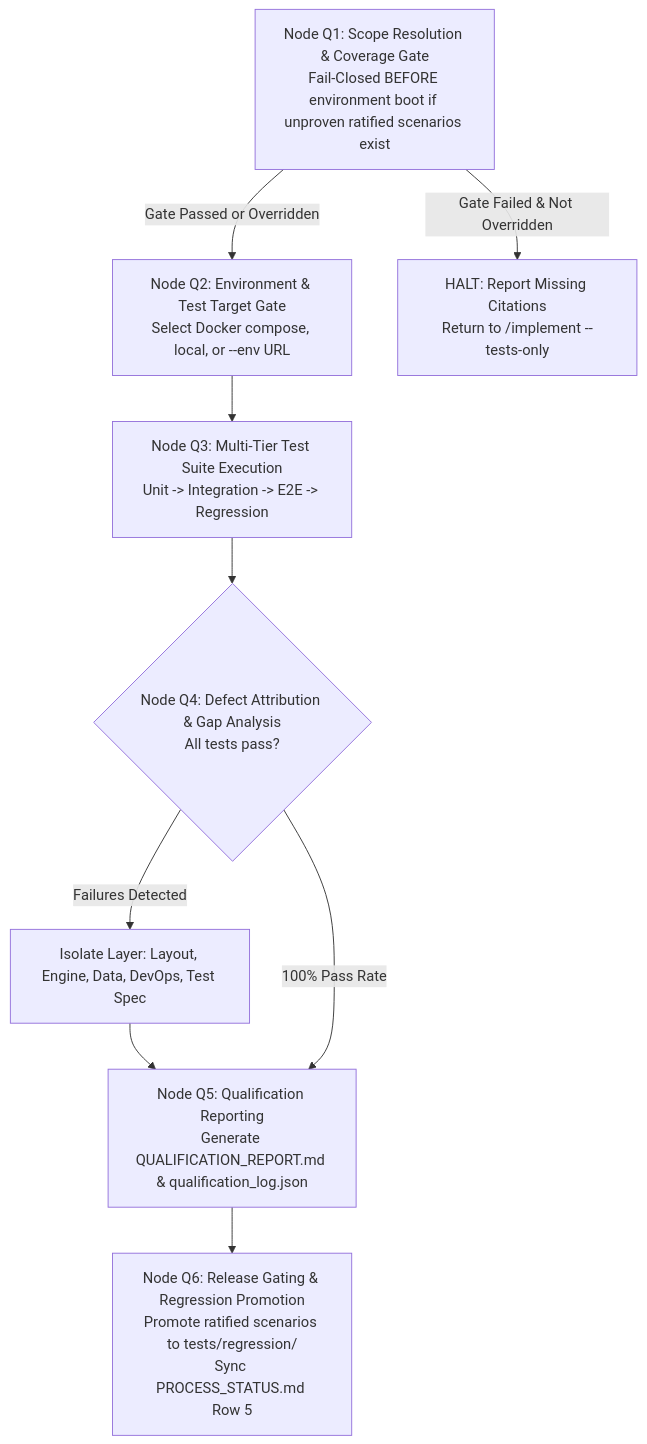
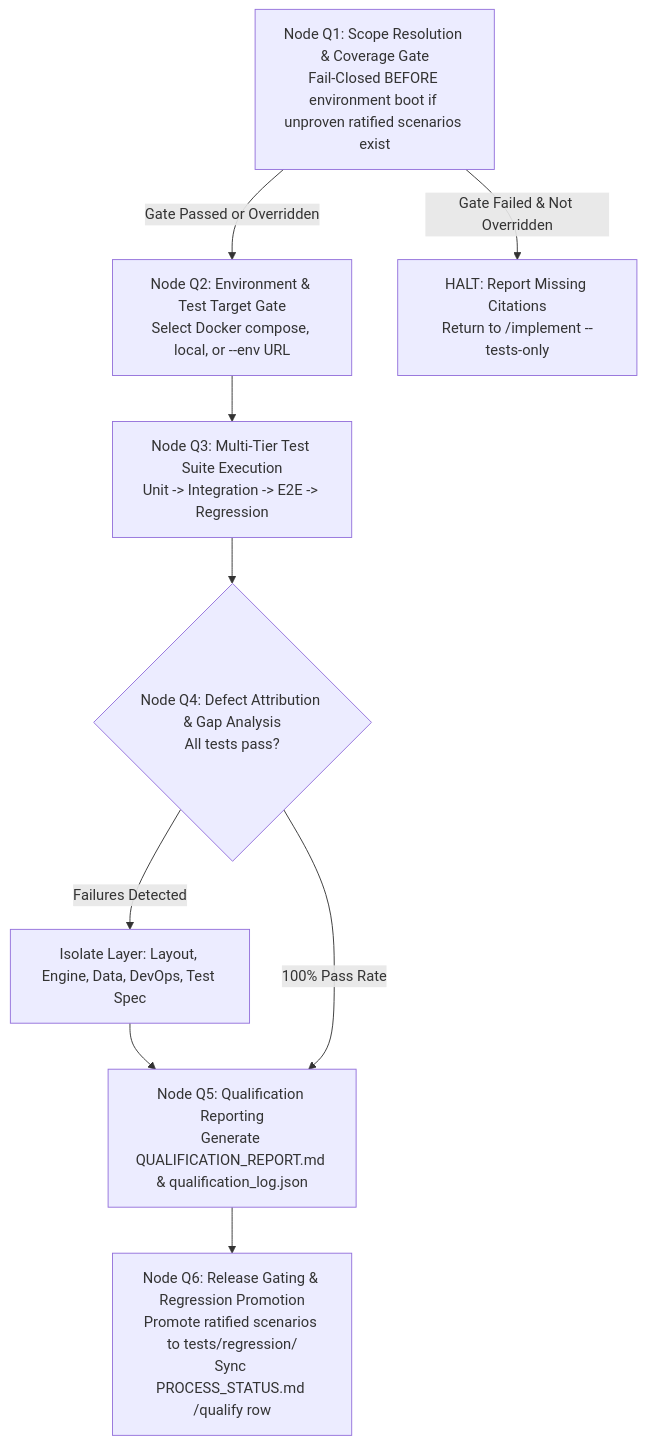
One commit to hrvthgergo/agent-driven-templates changed the diagram in actions/qualify/antigravity/guards/workflows/qualify.md. Above: the diagram before and after it, drawn with Mermaid. The commit also changed other lines of this file and 30 other files, not shown here.

Commit message:
fix(qualify): recreate guards with updated PROCESS_STATUS template and /operate references

````diff
--- a/actions/qualify/antigravity/guards/workflows/qualify.md
+++ b/actions/qualify/antigravity/guards/workflows/qualify.md
@@ -29,18 +29,18 @@
 ```mermaid
 graph TD
     Q1[Node Q1: Scope Resolution & Coverage Gate<br/>Fail-Closed BEFORE environment boot if unproven ratified scenarios exist]
     -->|Gate Passed or Overridden| Q2[Node Q2: Environment & Test Target Gate<br/>Select Docker compose, local, or --env URL]
     
     Q1 -->|Gate Failed & Not Overridden| QHalt[HALT: Report Missing Citations<br/>Return to /implement --tests-only]
     
     Q2 --> Q3[Node Q3: Multi-Tier Test Suite Execution<br/>Unit -> Integration -> E2E -> Regression]
     
     Q3 --> Q4{Node Q4: Defect Attribution & Gap Analysis<br/>All tests pass?}
     
     Q4 -->|Failures Detected| Q4_Defect[Isolate Layer: Layout, Engine, Data, DevOps, Test Spec]
     Q4_Defect --> Q5[Node Q5: Qualification Reporting<br/>Generate QUALIFICATION_REPORT.md & qualification_log.json]
     
     Q4 -->|100% Pass Rate| Q5
     
-    Q5 --> Q6[Node Q6: Release Gating & Regression Promotion<br/>Promote ratified scenarios to tests/regression/<br/>Sync PROCESS_STATUS.md Row 5]
+    Q5 --> Q6[Node Q6: Release Gating & Regression Promotion<br/>Promote ratified scenarios to tests/regression/<br/>Sync PROCESS_STATUS.md /qualify row]
 ```
````
